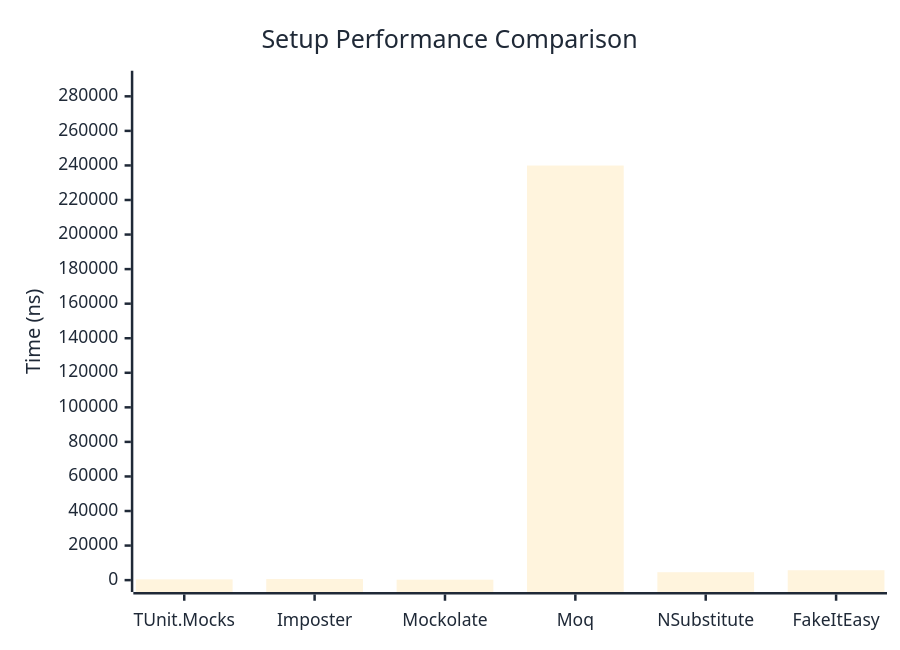
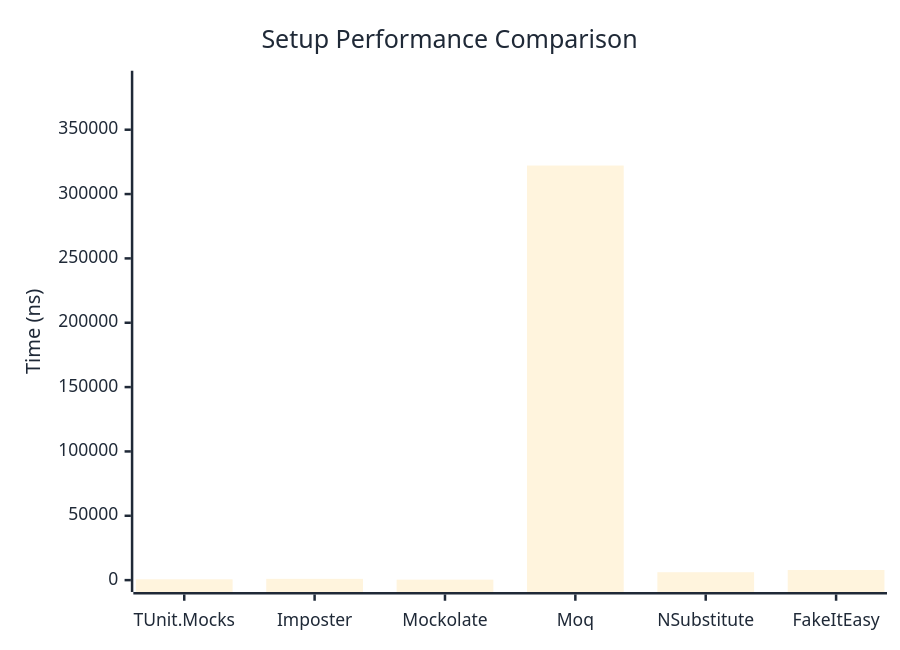
One commit to thomhurst/TUnit changed the first of 2 diagrams in docs/docs/benchmarks/mocks/Setup.md. Above: the diagram before and after it, drawn with Mermaid. The commit also changed other lines of this file and 14 other files, not shown here.

````diff
--- a/docs/docs/benchmarks/mocks/Setup.md
+++ b/docs/docs/benchmarks/mocks/Setup.md
@@ -30,27 +30,27 @@
 ```mermaid
 %%{init: {
   'theme':'base',
   'themeVariables': {
     'primaryColor': '#2563eb',
     'primaryTextColor': '#1f2937',
     'primaryBorderColor': '#1e40af',
     'lineColor': '#6b7280',
     'secondaryColor': '#7c3aed',
     'tertiaryColor': '#dc2626',
     'background': '#ffffff',
     'pie1': '#2563eb',
     'pie2': '#7c3aed',
     'pie3': '#dc2626',
     'pie4': '#f59e0b',
     'pie5': '#10b981',
     'pie6': '#06b6d4',
     'pie7': '#ec4899',
     'pie8': '#6366f1'
   }
 }}%%
 xychart-beta
   title "Setup Performance Comparison"
   x-axis ["TUnit.Mocks", "Imposter", "Mockolate", "Moq", "NSubstitute", "FakeItEasy"]
-  y-axis "Time (ns)" 0 --> 287929
-  bar [441.6, 625.7, 254, 239940.3, 4580.9, 5714.1]
+  y-axis "Time (ns)" 0 --> 386589
+  bar [635.2, 996.1, 364.6, 322156.9, 6137.6, 7843.7]
 ```
````
